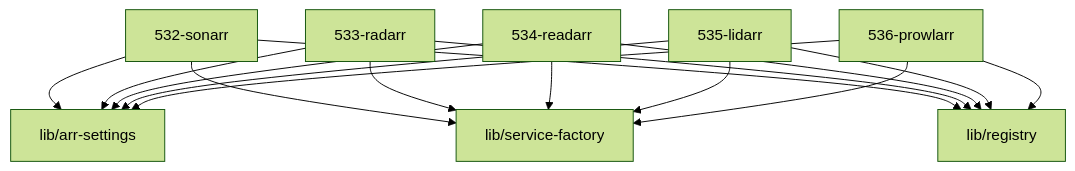
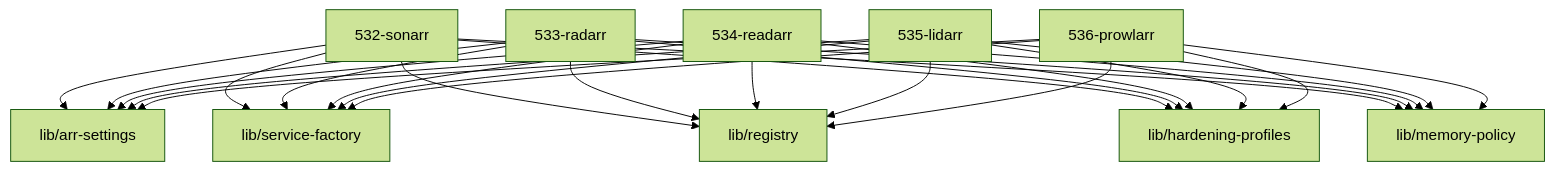
Before and after one commit to grapefruit89/mediNix-core: the diagram in 53-acquisition/AGENTS.md, drawn with Mermaid (forest theme). The commit also changed other lines of this file and 23 other files, not shown here.

````diff
--- a/53-acquisition/AGENTS.md
+++ b/53-acquisition/AGENTS.md
@@ -28,18 +30,28 @@
 ```mermaid
 graph TD
   532_sonarr["532-sonarr"] --> arr_settings["lib/arr-settings"]
   532_sonarr["532-sonarr"] --> service_factory["lib/service-factory"]
   532_sonarr["532-sonarr"] --> registry["lib/registry"]
+  532_sonarr["532-sonarr"] --> hardening_profiles["lib/hardening-profiles"]
+  532_sonarr["532-sonarr"] --> memory_policy["lib/memory-policy"]
   533_radarr["533-radarr"] --> arr_settings["lib/arr-settings"]
   533_radarr["533-radarr"] --> service_factory["lib/service-factory"]
   533_radarr["533-radarr"] --> registry["lib/registry"]
+  533_radarr["533-radarr"] --> hardening_profiles["lib/hardening-profiles"]
+  533_radarr["533-radarr"] --> memory_policy["lib/memory-policy"]
   534_readarr["534-readarr"] --> arr_settings["lib/arr-settings"]
   534_readarr["534-readarr"] --> service_factory["lib/service-factory"]
   534_readarr["534-readarr"] --> registry["lib/registry"]
+  534_readarr["534-readarr"] --> hardening_profiles["lib/hardening-profiles"]
+  534_readarr["534-readarr"] --> memory_policy["lib/memory-policy"]
   535_lidarr["535-lidarr"] --> arr_settings["lib/arr-settings"]
   535_lidarr["535-lidarr"] --> service_factory["lib/service-factory"]
   535_lidarr["535-lidarr"] --> registry["lib/registry"]
+  535_lidarr["535-lidarr"] --> hardening_profiles["lib/hardening-profiles"]
+  535_lidarr["535-lidarr"] --> memory_policy["lib/memory-policy"]
   536_prowlarr["536-prowlarr"] --> arr_settings["lib/arr-settings"]
   536_prowlarr["536-prowlarr"] --> service_factory["lib/service-factory"]
   536_prowlarr["536-prowlarr"] --> registry["lib/registry"]
+  536_prowlarr["536-prowlarr"] --> hardening_profiles["lib/hardening-profiles"]
+  536_prowlarr["536-prowlarr"] --> memory_policy["lib/memory-policy"]
 ```
````
